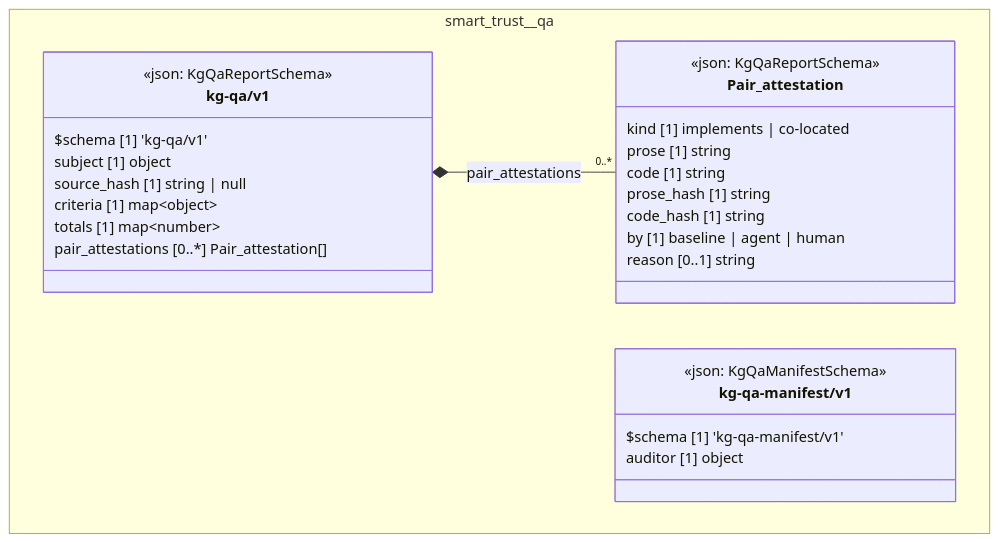
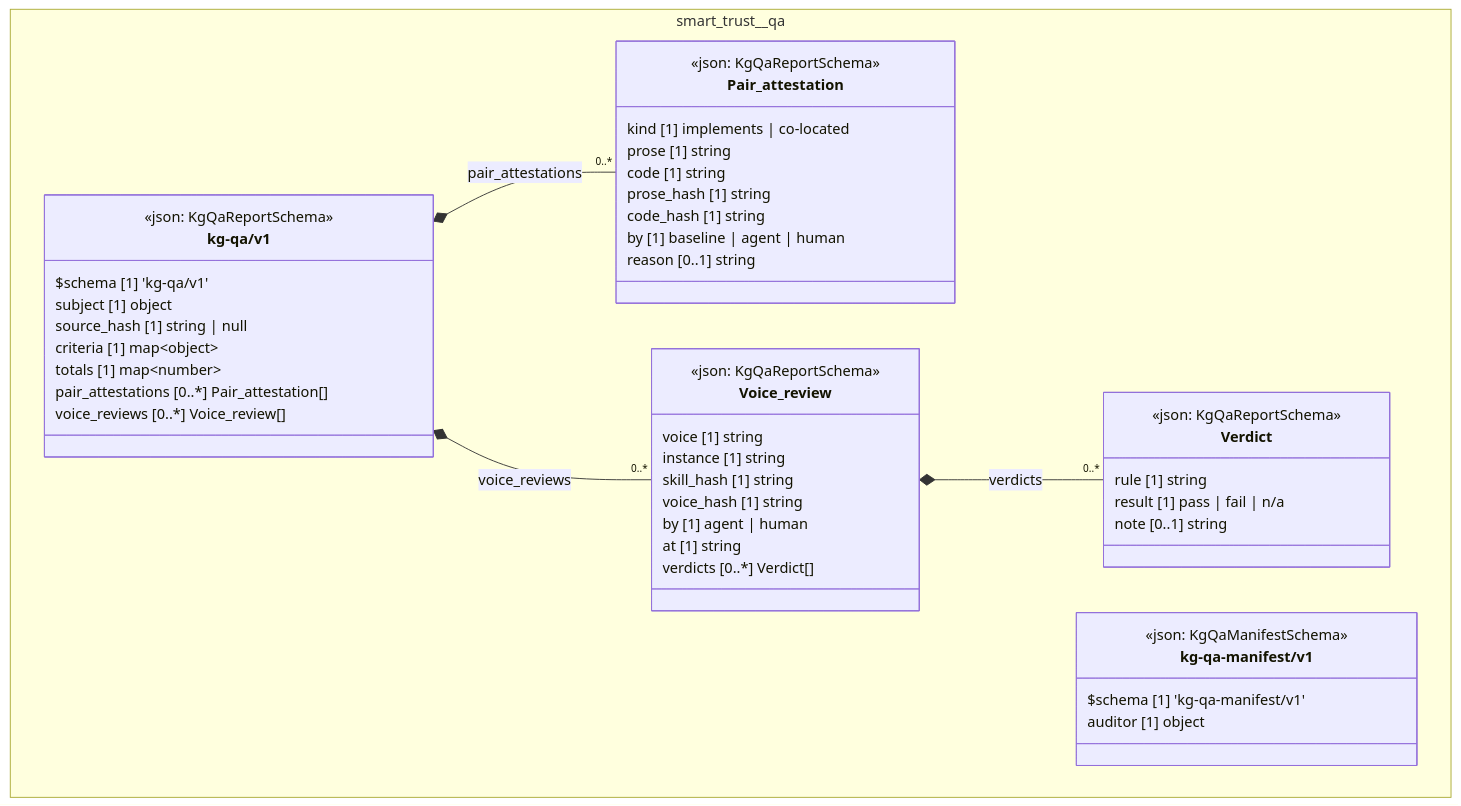
Before and after one commit to litlfred/folio-assistant: the diagram in cat-harness/docs/uml/overview/smart-trust/qa.md, drawn with Mermaid. The commit also changed 573 other files, not shown here.

First line of the commit message:
rkqp: agentic review axis for skills against the skill voices

````diff
--- a/cat-harness/docs/uml/overview/smart-trust/qa.md
+++ b/cat-harness/docs/uml/overview/smart-trust/qa.md
@@ -42,34 +42,55 @@
 ```mermaid
 classDiagram
   direction TB
   namespace smart_trust__qa {
     class smart_trust_qa_kg_qa_v1_Pair_attestation["Pair_attestation"] {
       <<json: KgQaReportSchema>>
       kind [1] implements | co-located
       prose [1] string
       code [1] string
       prose_hash [1] string
       code_hash [1] string
       by [1] baseline | agent | human
       reason [0..1] string
     }
+    class smart_trust_qa_kg_qa_v1_Verdict["Verdict"] {
+      <<json: KgQaReportSchema>>
+      rule [1] string
+      result [1] pass | fail | n/a
+      note [0..1] string
+    }
+    class smart_trust_qa_kg_qa_v1_Voice_review["Voice_review"] {
+      <<json: KgQaReportSchema>>
+      voice [1] string
+      instance [1] string
+      skill_hash [1] string
+      voice_hash [1] string
+      by [1] agent | human
+      at [1] string
+      verdicts [0..*] Verdict[]
+    }
     class smart_trust_qa_kg_qa_v1_kg_qa_v1["kg-qa/v1"] {
       <<json: KgQaReportSchema>>
       $schema [1] 'kg-qa/v1'
       subject [1] object
       source_hash [1] string | null
       criteria [1] map~object~
       totals [1] map~number~
       pair_attestations [0..*] Pair_attestation[]
+      voice_reviews [0..*] Voice_review[]
     }
     class smart_trust_qa_kg_qa_manifest_v1_kg_qa_manifest_v1["kg-qa-manifest/v1"] {
       <<json: KgQaManifestSchema>>
       $schema [1] 'kg-qa-manifest/v1'
       auditor [1] object
     }
   }
   smart_trust_qa_kg_qa_v1_kg_qa_v1 *-- "0..*" smart_trust_qa_kg_qa_v1_Pair_attestation : pair_attestations
+  smart_trust_qa_kg_qa_v1_Voice_review *-- "0..*" smart_trust_qa_kg_qa_v1_Verdict : verdicts
+  smart_trust_qa_kg_qa_v1_kg_qa_v1 *-- "0..*" smart_trust_qa_kg_qa_v1_Voice_review : voice_reviews
   cssClass "smart_trust_qa_kg_qa_v1_Pair_attestation" fa_uml_kind_qa
+  cssClass "smart_trust_qa_kg_qa_v1_Verdict" fa_uml_kind_qa
+  cssClass "smart_trust_qa_kg_qa_v1_Voice_review" fa_uml_kind_qa
   cssClass "smart_trust_qa_kg_qa_v1_kg_qa_v1" fa_uml_kind_qa
   cssClass "smart_trust_qa_kg_qa_manifest_v1_kg_qa_manifest_v1" fa_uml_kind_qa
 ```
````
